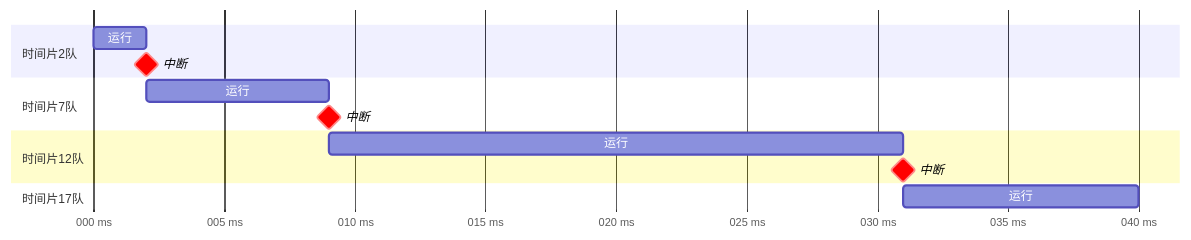
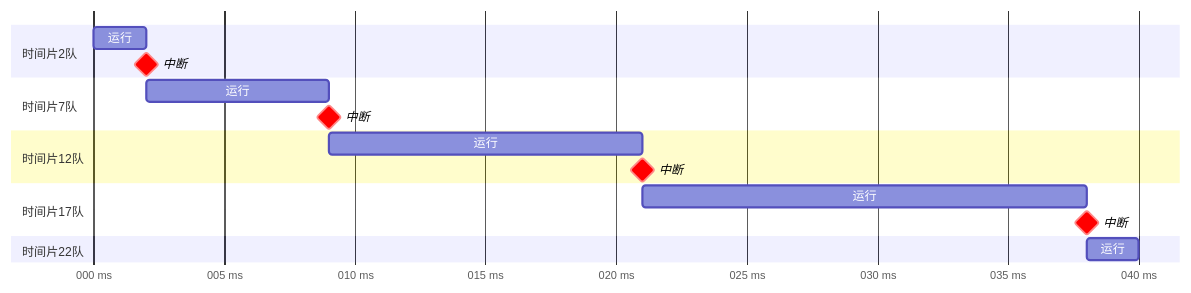
The sixth of 6 diagrams in 第2章.md (YDX-2147483647/os_qa), drawn with Mermaid before and after one commit. The commit also changed other lines of this file and 4 other files, not shown here.

````diff
--- a/第2章.md
+++ b/第2章.md
@@ -239,20 +239,24 @@
 ```mermaid
 gantt
 dateFormat SSS
 axisFormat %L ms
 
 section 时间片2队
 运行: 000, 002
 中断: crit, milestone, after 运行
 
 section 时间片7队
 运行: 002, 009
 中断: crit, milestone, after 运行
 
 section 时间片12队
-运行: 009, 031
+运行: 009, 021
 中断: crit, milestone, after 运行
 
 section 时间片17队
-运行: 031, 040
+运行: 021, 038
+中断: crit, milestone, after 运行
+
+section 时间片22队
+运行: 038, 040
 ```
````
